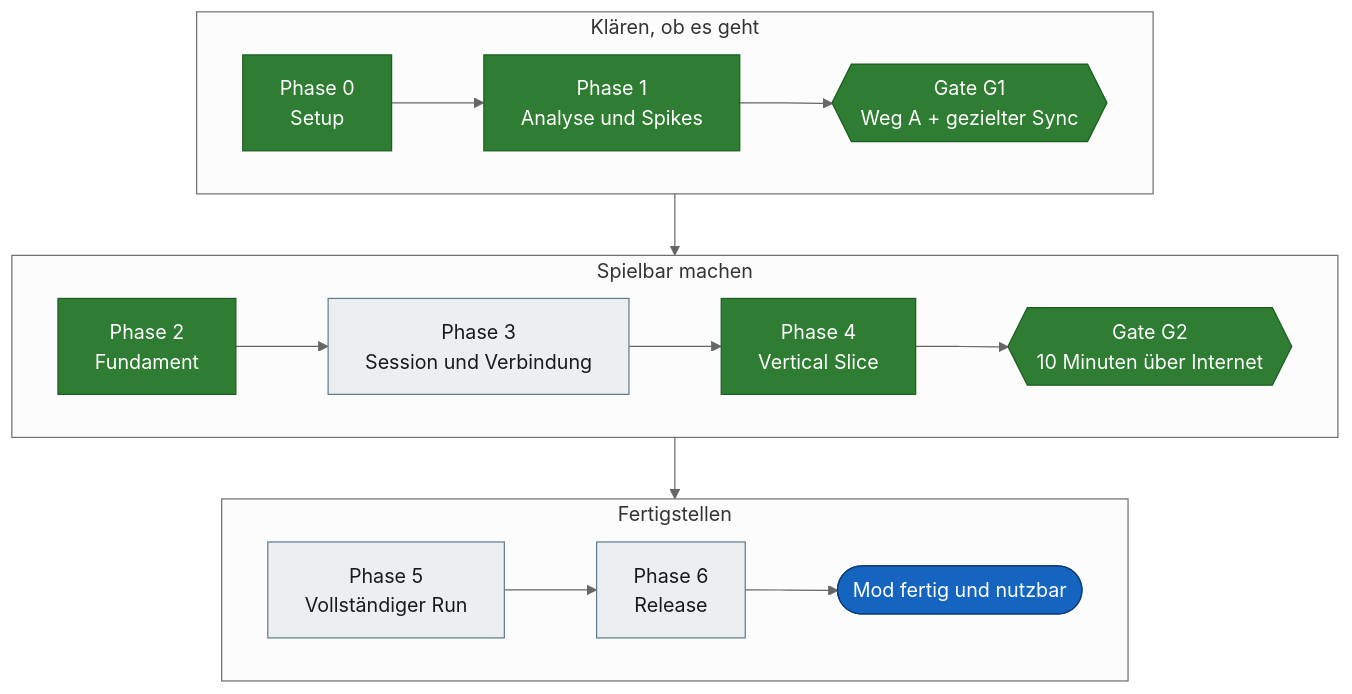
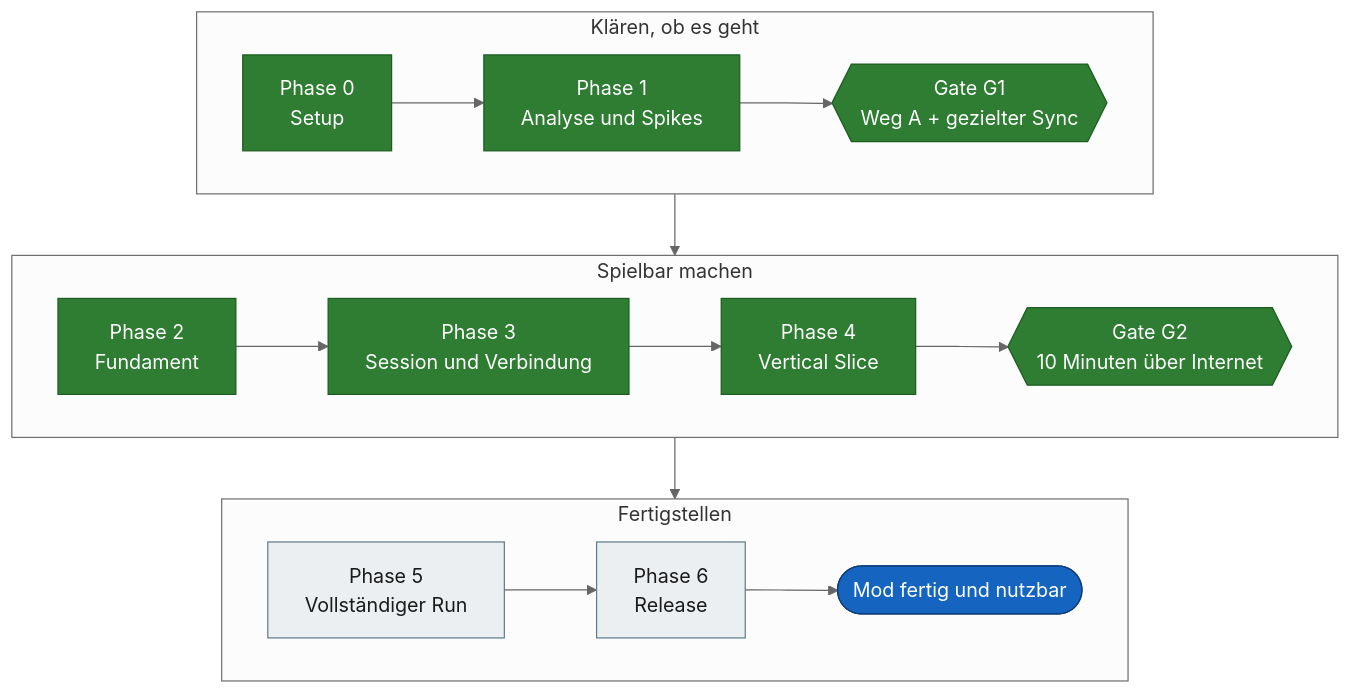
Before and after one commit to VitaminStack/Deadly-Days-Roadtrip-Multiplayer-Mod: the first of 4 diagrams in docs/ROADMAP.md, drawn with Mermaid (neutral theme). The commit also changed other lines of this file and 13 other files, not shown here.

First line of the commit message:
lobby-live-rest, lobby-auth-live: Steam-Einladung, Zugriffskontrolle und Verlassen mit zwei Konten bestätigt, Phase 3 abgeschlossen (#162)

````diff
--- a/docs/ROADMAP.md
+++ b/docs/ROADMAP.md
@@ -138,25 +140,25 @@
 ```mermaid
 flowchart TD
     subgraph A["Klären, ob es geht"]
         direction LR
         P0["Phase 0<br/>Setup"]:::done --> P1["Phase 1<br/>Analyse und Spikes"]:::done --> G1{{"Gate G1<br/>Weg A + gezielter Sync"}}:::done
     end
 
     subgraph B["Spielbar machen"]
         direction LR
-        P2["Phase 2<br/>Fundament"]:::done --> P3["Phase 3<br/>Session und Verbindung"]:::open --> P4["Phase 4<br/>Vertical Slice"]:::done --> G2{{"Gate G2<br/>10 Minuten über Internet"}}:::done
+        P2["Phase 2<br/>Fundament"]:::done --> P3["Phase 3<br/>Session und Verbindung"]:::done --> P4["Phase 4<br/>Vertical Slice"]:::done --> G2{{"Gate G2<br/>10 Minuten über Internet"}}:::done
     end
 
     subgraph C["Fertigstellen"]
         direction LR
         P5["Phase 5<br/>Vollständiger Run"]:::open --> P6["Phase 6<br/>Release"]:::open --> Z(["Mod fertig und nutzbar"]):::goal
     end
 
     A --> B --> C
 
     classDef done fill:#2e7d32,stroke:#1b5e20,color:#ffffff
     classDef wip fill:#f9a825,stroke:#b27a00,color:#1a1a1a
     classDef open fill:#eceff1,stroke:#607d8b,color:#1a1a1a
     classDef gate fill:#6a1b9a,stroke:#3e1163,color:#ffffff
     classDef goal fill:#1565c0,stroke:#0d3c78,color:#ffffff
 ```
````
